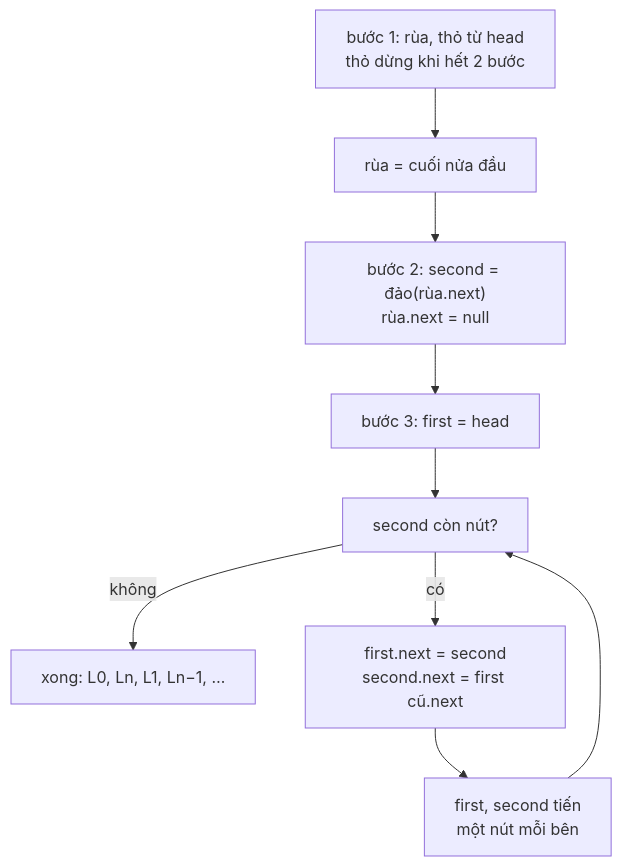
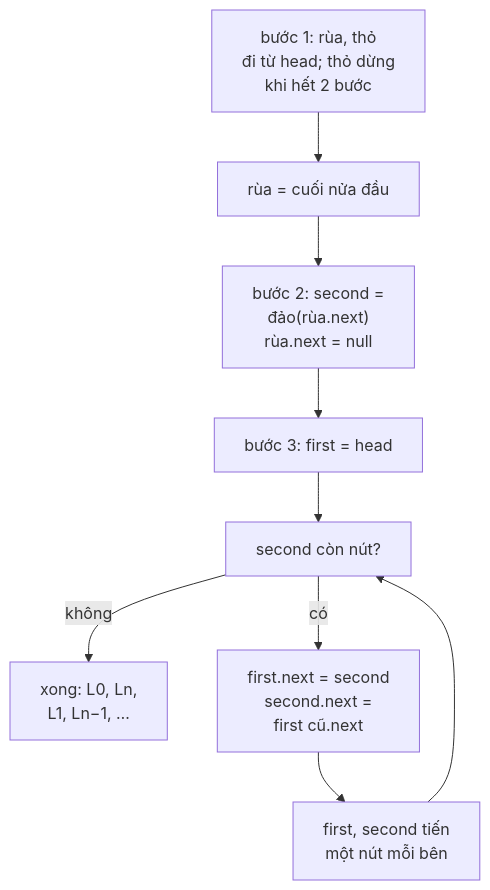
Before and after one commit to duongbui234/software-engineering-atlas: the diagram in content/problems/reorder-list.md, drawn with Mermaid. The commit also changed 134 other files, not shown here.

First line of the commit message:
Fit every Mermaid diagram at 390px without sideways scroll (#56)

````diff
--- a/content/problems/reorder-list.md
+++ b/content/problems/reorder-list.md
@@ -50,11 +50,11 @@
 ```mermaid
 flowchart TB
-  A["bước 1: rùa, thỏ từ head<br/>thỏ dừng khi hết 2 bước"] --> B["rùa = cuối nửa đầu"]
-  B --> C["bước 2: second = đảo(rùa.next)<br/>rùa.next = null"]
+  A["bước 1: rùa, thỏ<br/>đi từ head; thỏ dừng<br/>khi hết 2 bước"] --> B["rùa = cuối nửa đầu"]
+  B --> C["bước 2: second =<br/>đảo(rùa.next)<br/>rùa.next = null"]
   C --> D["bước 3: first = head"]
   D --> E["second còn nút?"]
-  E -->|"không"| Z["xong: L0, Ln, L1, Ln−1, …"]
-  E -->|"có"| F["first.next = second<br/>second.next = first cũ.next"]
+  E -->|"không"| Z["xong: L0, Ln,<br/>L1, Ln−1, …"]
+  E -->|"có"| F["first.next = second<br/>second.next =<br/>first cũ.next"]
   F --> G["first, second tiến<br/>một nút mỗi bên"]
   G --> E
 ```
````
